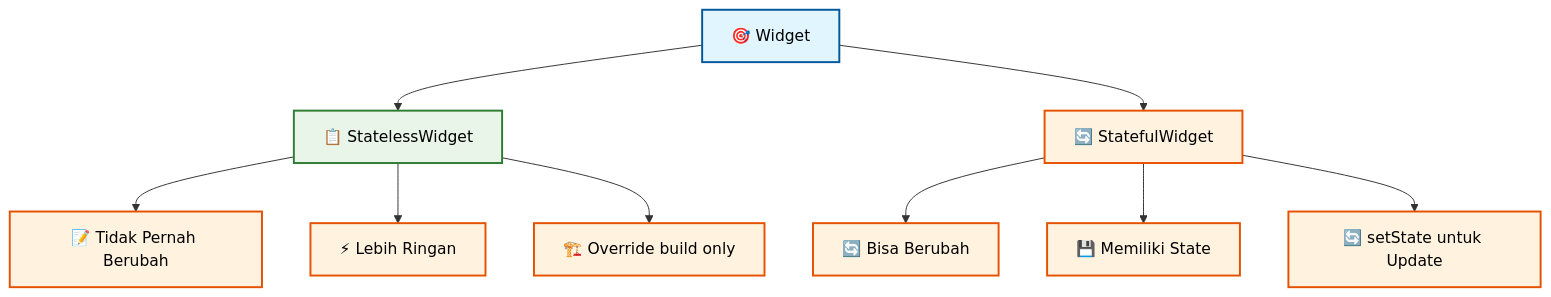
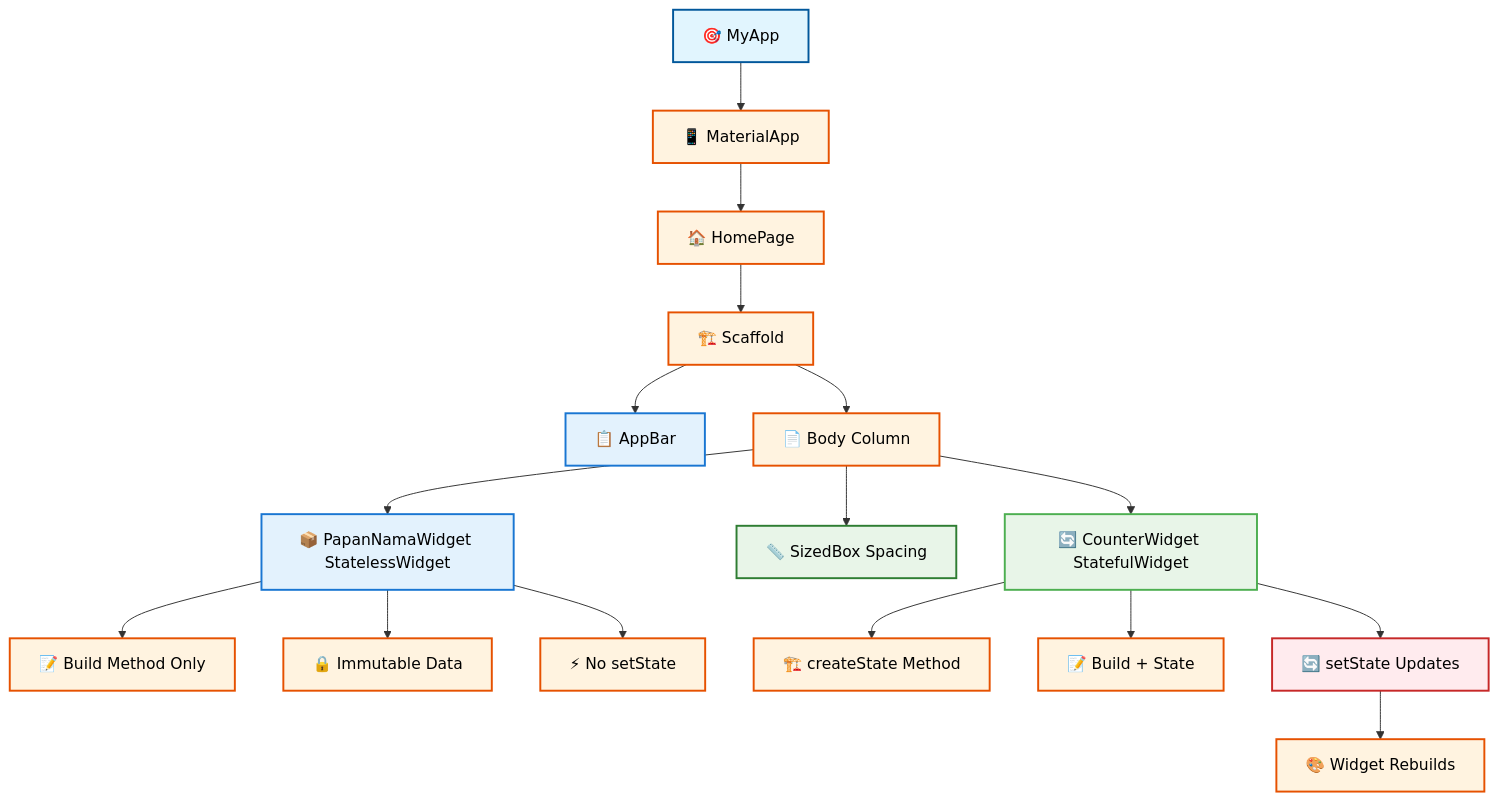
Before and after one commit to antonprafanto/flutter: the first of 11 diagrams in pertemuan3.md, drawn with Mermaid. The commit also changed other lines of this file, not shown here.

````diff
--- a/pertemuan3.md
+++ b/pertemuan3.md
@@ -156,23 +157,38 @@
 ```mermaid
 flowchart TD
-    A[🎯 Widget] --> B[📋 StatelessWidget]
-    A --> C[🔄 StatefulWidget]
+    A[🎯 MyApp] --> B[📱 MaterialApp]
+    B --> C[🏠 HomePage]
+    C --> D[🏗️ Scaffold]
+    D --> E[📋 AppBar]
+    D --> F[📄 Body Column]
     
-    B --> D[📝 Tidak Pernah Berubah]
-    B --> E[⚡ Lebih Ringan]
-    B --> F[🏗️ Override build only]
+    F --> G[📦 PapanNamaWidget StatelessWidget]
+    F --> H[📏 SizedBox Spacing]
+    F --> I[🔄 CounterWidget StatefulWidget]
     
-    C --> G[🔄 Bisa Berubah]
-    C --> H[💾 Memiliki State]
-    C --> I[🔄 setState untuk Update]
+    G --> J[📝 Build Method Only]
+    G --> K[🔒 Immutable Data]
+    G --> L[⚡ No setState]
+    
+    I --> M[🏗️ createState Method]
+    I --> N[📝 Build + State]
+    I --> O[🔄 setState Updates]
+    O --> P[🎨 Widget Rebuilds]
     
     style A fill:#e1f5fe,stroke:#01579b,stroke-width:2px,color:#000
-    style B fill:#e8f5e8,stroke:#2e7d32,stroke-width:2px,color:#000
+    style B fill:#fff3e0,stroke:#e65100,stroke-width:2px,color:#000
     style C fill:#fff3e0,stroke:#e65100,stroke-width:2px,color:#000
     style D fill:#fff3e0,stroke:#e65100,stroke-width:2px,color:#000
-    style E fill:#fff3e0,stroke:#e65100,stroke-width:2px,color:#000
+    style E fill:#e3f2fd,stroke:#1976d2,stroke-width:2px,color:#000
     style F fill:#fff3e0,stroke:#e65100,stroke-width:2px,color:#000
-    style G fill:#fff3e0,stroke:#e65100,stroke-width:2px,color:#000
-    style H fill:#fff3e0,stroke:#e65100,stroke-width:2px,color:#000
-    style I fill:#fff3e0,stroke:#e65100,stroke-width:2px,color:#000
+    style G fill:#e3f2fd,stroke:#1976d2,stroke-width:2px,color:#000
+    style H fill:#e8f5e8,stroke:#2e7d32,stroke-width:2px,color:#000
+    style I fill:#e8f5e8,stroke:#4caf50,stroke-width:2px,color:#000
+    style J fill:#fff3e0,stroke:#e65100,stroke-width:2px,color:#000
+    style K fill:#fff3e0,stroke:#e65100,stroke-width:2px,color:#000
+    style L fill:#fff3e0,stroke:#e65100,stroke-width:2px,color:#000
+    style M fill:#fff3e0,stroke:#e65100,stroke-width:2px,color:#000
+    style N fill:#fff3e0,stroke:#e65100,stroke-width:2px,color:#000
+    style O fill:#ffebee,stroke:#c62828,stroke-width:2px,color:#000
+    style P fill:#fff3e0,stroke:#e65100,stroke-width:2px,color:#000
 ```
````
